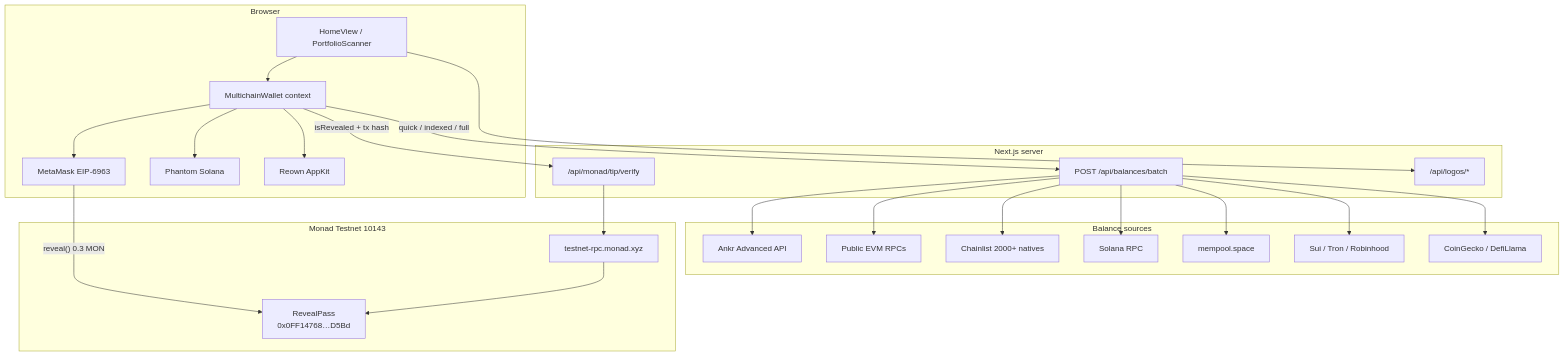
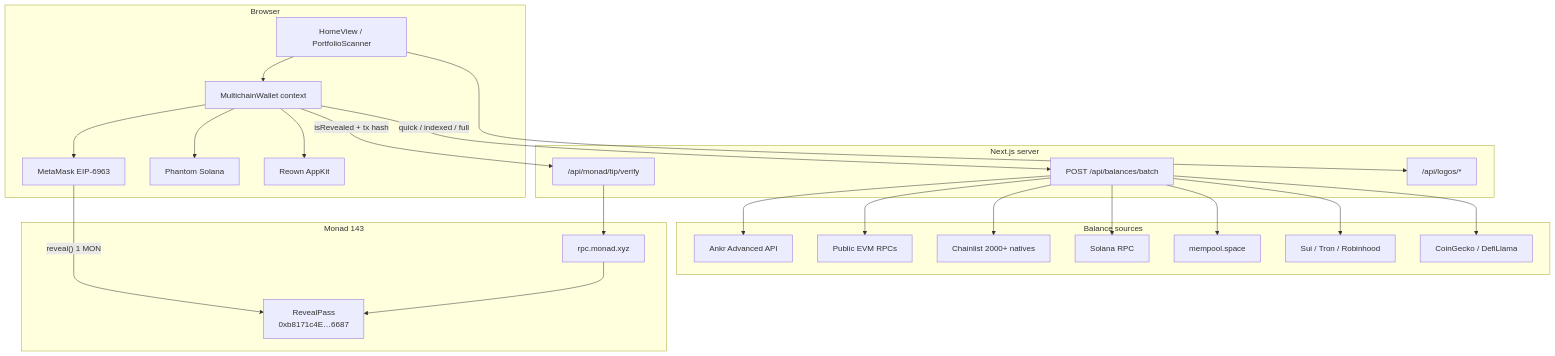
The first of 5 diagrams in README.md (AmaanSayyad/find_hidden_money), drawn with Mermaid before and after one commit. The commit also changed other lines of this file and 15 other files, not shown here.

First line of the commit message:
Move RevealPass and the app to Monad Mainnet with a 1 MON tip.

````diff
--- a/README.md
+++ b/README.md
@@ -128,49 +140,49 @@
 ```mermaid
 flowchart TB
   subgraph client ["Browser"]
     UI["HomeView / PortfolioScanner"]
     CTX["MultichainWallet context"]
     MM["MetaMask EIP-6963"]
     PH["Phantom Solana"]
     AK["Reown AppKit"]
     UI --> CTX
     CTX --> MM
     CTX --> PH
     CTX --> AK
   end
 
   subgraph next ["Next.js server"]
     BATCH["POST /api/balances/batch"]
     TIP["/api/monad/tip/verify"]
     LOGOS["/api/logos/*"]
   end
 
   subgraph data ["Balance sources"]
     ANKR["Ankr Advanced API"]
     RPC["Public EVM RPCs"]
     CL["Chainlist 2000+ natives"]
     SOL["Solana RPC"]
     BTC["mempool.space"]
     OTHER["Sui / Tron / Robinhood"]
     CG["CoinGecko / DefiLlama"]
   end
 
-  subgraph monad ["Monad Testnet 10143"]
-    RP["RevealPass\n0x0FF14768…D5Bd"]
-    NODE["testnet-rpc.monad.xyz"]
+  subgraph monad ["Monad 143"]
+    RP["RevealPass\n0xb8171c4E…6687"]
+    NODE["rpc.monad.xyz"]
   end
 
   CTX -->|"quick / indexed / full"| BATCH
   CTX -->|"isRevealed + tx hash"| TIP
   UI --> LOGOS
-  MM -->|"reveal() 0.3 MON"| RP
+  MM -->|"reveal() 1 MON"| RP
   BATCH --> ANKR
   BATCH --> RPC
   BATCH --> CL
   BATCH --> SOL
   BATCH --> BTC
   BATCH --> OTHER
   BATCH --> CG
   TIP --> NODE
   NODE --> RP
 ```
````
